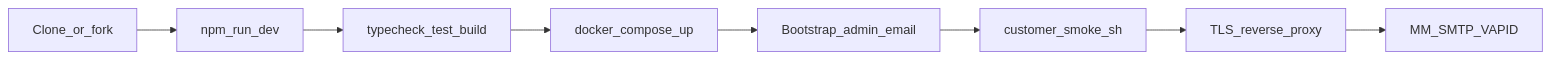
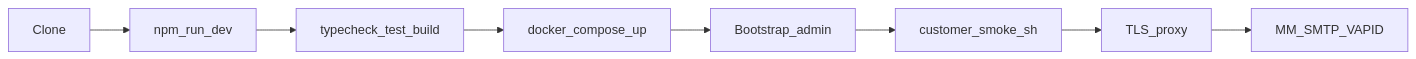
One commit to zyvorai/zoreon changed the diagram in docs/CUSTOMER.md. Above: the diagram before and after it, drawn with Mermaid. The commit also changed other lines of this file and 9 other files, not shown here.

````diff
--- a/docs/CUSTOMER.md
+++ b/docs/CUSTOMER.md
@@ -8,10 +11,10 @@
 ```mermaid
 flowchart LR
-  clone[Clone_or_fork] --> local[npm_run_dev]
+  clone[Clone] --> local[npm_run_dev]
   local --> checks[typecheck_test_build]
   checks --> compose[docker_compose_up]
-  compose --> admin[Bootstrap_admin_email]
+  compose --> admin[Bootstrap_admin]
   admin --> smoke[customer_smoke_sh]
-  smoke --> tls[TLS_reverse_proxy]
+  smoke --> tls[TLS_proxy]
   tls --> optional[MM_SMTP_VAPID]
 ```
````
